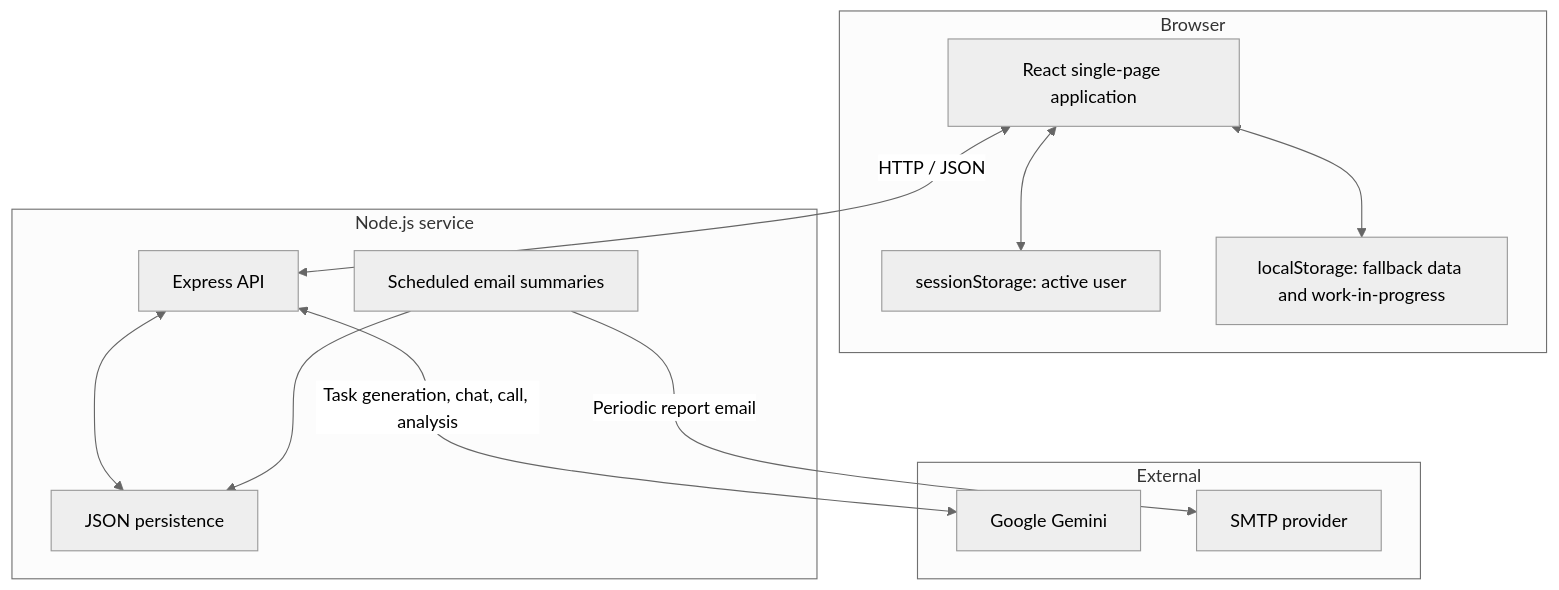
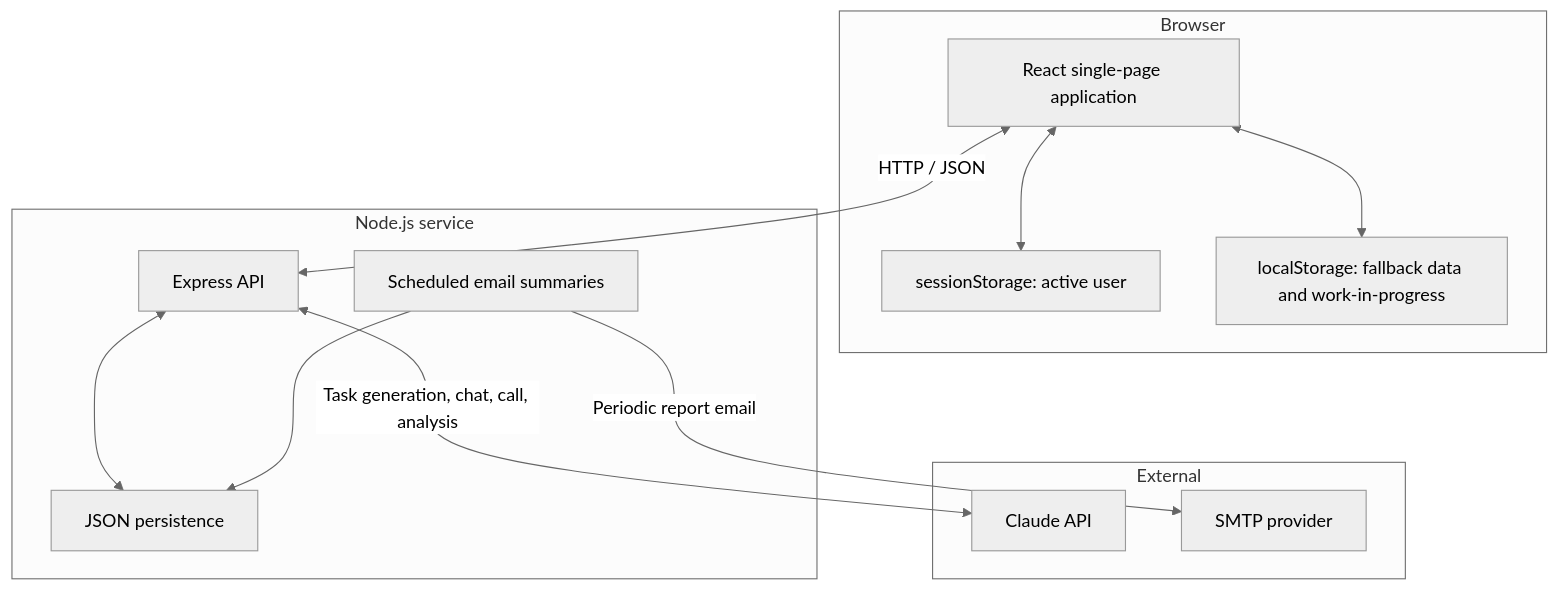
The fourth of 4 diagrams in README.md (eshwarpotturi/Simuhire), drawn with Mermaid (neutral theme) before and after one commit. The commit also changed other lines of this file and 11 other files, not shown here.

First line of the commit message:
Migrate AI layer from Gemini to the Claude API

````diff
--- a/README.md
+++ b/README.md
@@ -121,27 +117,27 @@
 ```mermaid
 flowchart TB
     subgraph Browser
         A[React single-page application]
         S[sessionStorage: active user]
         L[localStorage: fallback data and work-in-progress]
         A <--> S
         A <--> L
     end
 
     subgraph Node[Node.js service]
         E[Express API]
         P[JSON persistence]
         M[Scheduled email summaries]
         E <--> P
         M --> P
     end
 
     subgraph External
-        G[Google Gemini]
+        G[Claude API]
         SMTP[SMTP provider]
     end
 
     A <-->|HTTP / JSON| E
     E <-->|Task generation, chat, call, analysis| G
     M -->|Periodic report email| SMTP
 ```
````
